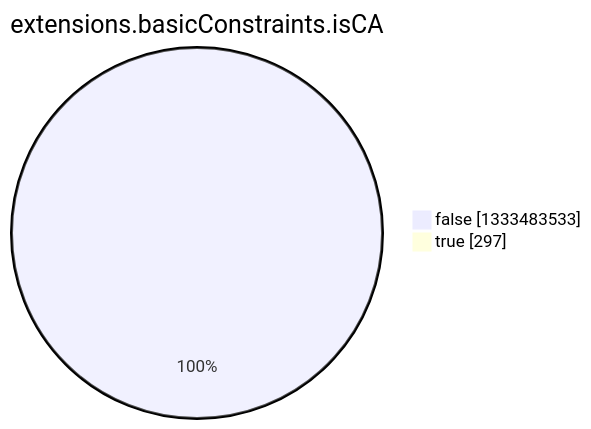
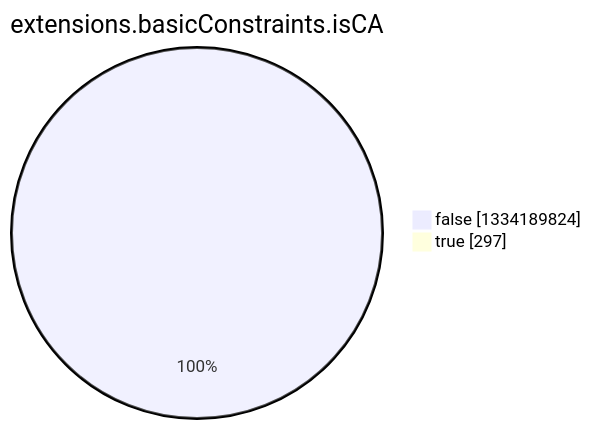
One commit to christiankrug/ctmonitor_visualization changed the eighth of 15 diagrams in argon2022/README.md. Above: the diagram before and after it, drawn with Mermaid. The commit also changed other lines of this file, not shown here.

````diff
--- a/argon2022/README.md
+++ b/argon2022/README.md
@@ -2758,6 +2758,6 @@
 ```mermaid
 pie showData
 title extensions.basicConstraints.isCA
-"false" :1333483533
+"false" :1334189824
 "true" :297
 ```
````
